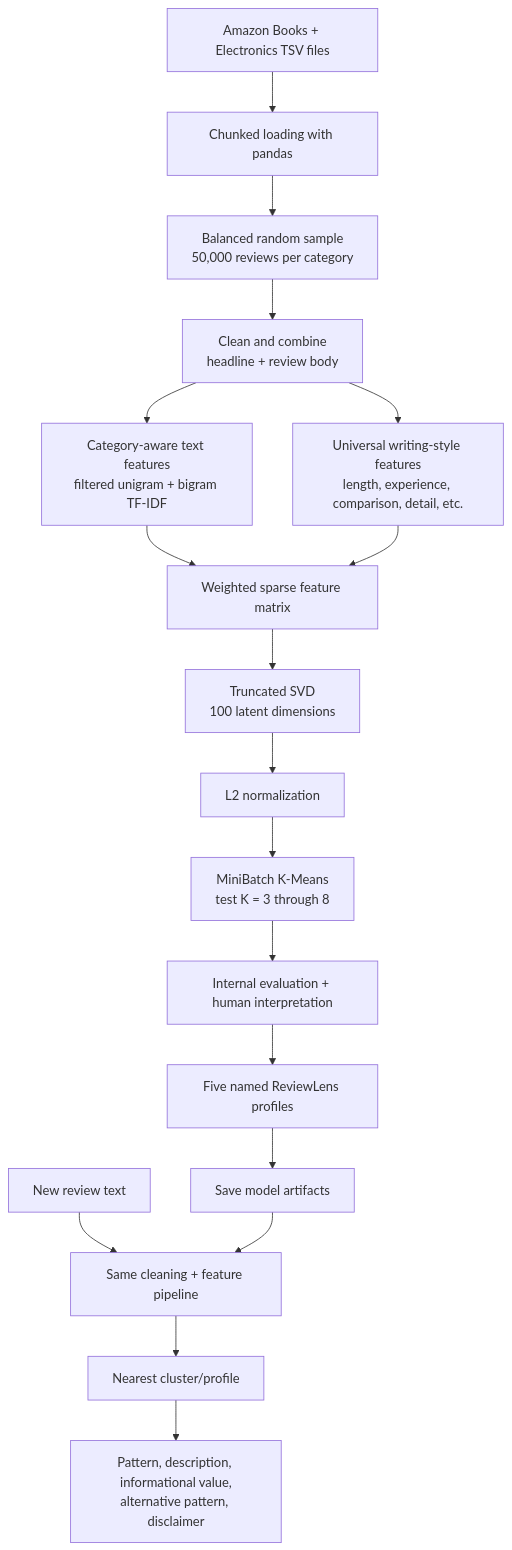
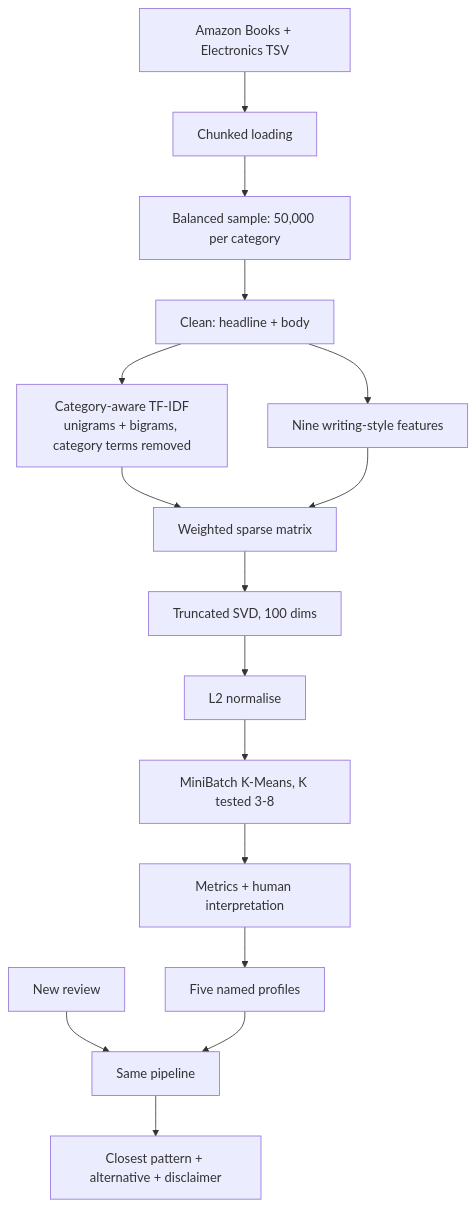
Before and after one commit to codezeroexe/reviewlens: the diagram in README.md, drawn with Mermaid. The commit also changed other lines of this file and 5 other files, not shown here.

````diff
--- a/README.md
+++ b/README.md
@@ -128,20 +130,18 @@
 ```mermaid
 flowchart TD
-    A[Amazon Books + Electronics TSV files] --> B[Chunked loading with pandas]
-    B --> C[Balanced random sample<br/>50,000 reviews per category]
-    C --> D[Clean and combine<br/>headline + review body]
-    D --> E[Category-aware text features<br/>filtered unigram + bigram TF-IDF]
-    D --> F[Universal writing-style features<br/>length, experience, comparison, detail, etc.]
-    E --> G[Weighted sparse feature matrix]
+    A[Amazon Books + Electronics TSV] --> B[Chunked loading]
+    B --> C[Balanced sample: 50,000 per category]
+    C --> D[Clean: headline + body]
+    D --> E[Category-aware TF-IDF<br/>unigrams + bigrams, category terms removed]
+    D --> F[Nine writing-style features]
+    E --> G[Weighted sparse matrix]
     F --> G
-    G --> H[Truncated SVD<br/>100 latent dimensions]
-    H --> I[L2 normalization]
-    I --> J[MiniBatch K-Means<br/>test K = 3 through 8]
-    J --> K[Internal evaluation + human interpretation]
-    K --> L[Five named ReviewLens profiles]
-    L --> M[Save model artifacts]
-    N[New review text] --> O[Same cleaning + feature pipeline]
-    M --> O
-    O --> P[Nearest cluster/profile]
-    P --> Q[Pattern, description, informational value,<br/>alternative pattern, disclaimer]
+    G --> H[Truncated SVD, 100 dims]
+    H --> I[L2 normalise]
+    I --> J[MiniBatch K-Means, K tested 3-8]
+    J --> K[Metrics + human interpretation]
+    K --> L[Five named profiles]
+    N[New review] --> O[Same pipeline]
+    L --> O
+    O --> P[Closest pattern + alternative + disclaimer]
 ```
````
